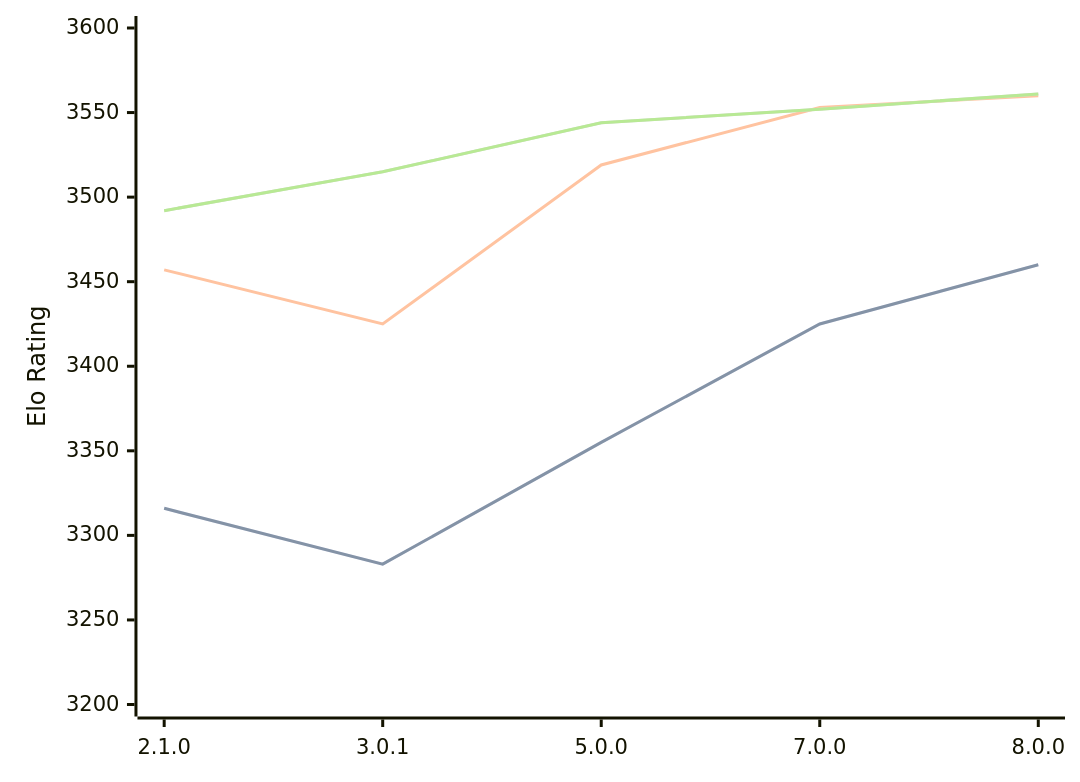
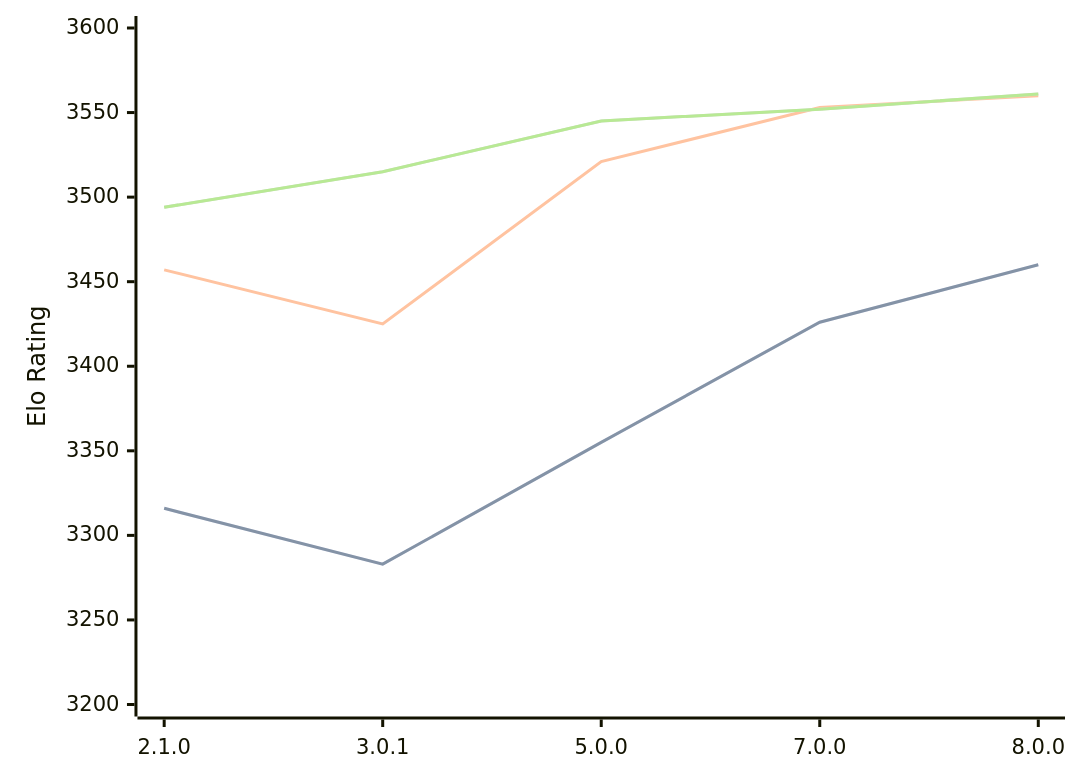
One commit to computer-chess-index/cci changed the diagram in engines/PlentyChess.md. Above: the diagram before and after it, drawn with Mermaid. The commit also changed other lines of this file, not shown here.

Commit message:
Update CCI Ratings (ELO VLTC) - 2026-07-29

````diff
--- a/engines/PlentyChess.md
+++ b/engines/PlentyChess.md
@@ -46,11 +46,11 @@
 ```mermaid
 %%{init: {"theme":"base","themeVariables":{"seriesColors:['#a3a3a3','#222221','#faa371']}}}%%
 xychart-beta
   x-axis ["2.1.0", "3.0.1", "5.0.0", "7.0.0", "8.0.0"]
   y-axis "Elo Rating" 3200 --> 3600
-  line "STC (8.0+0.08s)" [3316, 3283, 3355, 3425, 3460]
-  line "STC (8.0+0.08s)" [3316, 3283, 3355, 3425, 3460]
-  line "LTC (60.0+0.60s)" [3457, 3425, 3519, 3553, 3560]
-  line "VLTC (2m24s+1.12s)" [3492, 3515, 3544, 3552, 3561]
-  line "VLTC (2m24s+1.12s)" [3492, 3515, 3544, 3552, 3561]
+  line "STC (8.0+0.08s)" [3316, 3283, 3355, 3426, 3460]
+  line "STC (8.0+0.08s)" [3316, 3283, 3355, 3426, 3460]
+  line "LTC (60.0+0.60s)" [3457, 3425, 3521, 3553, 3560]
+  line "VLTC (2m24s+1.12s)" [3494, 3515, 3545, 3552, 3561]
+  line "VLTC (2m24s+1.12s)" [3494, 3515, 3545, 3552, 3561]
 ```
````
